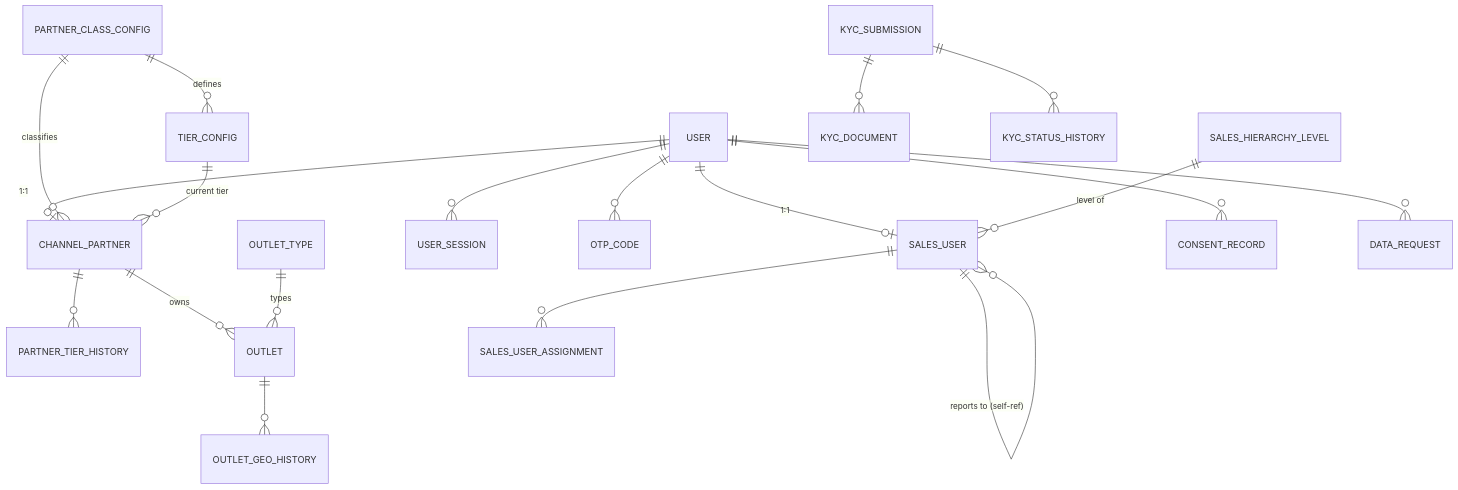
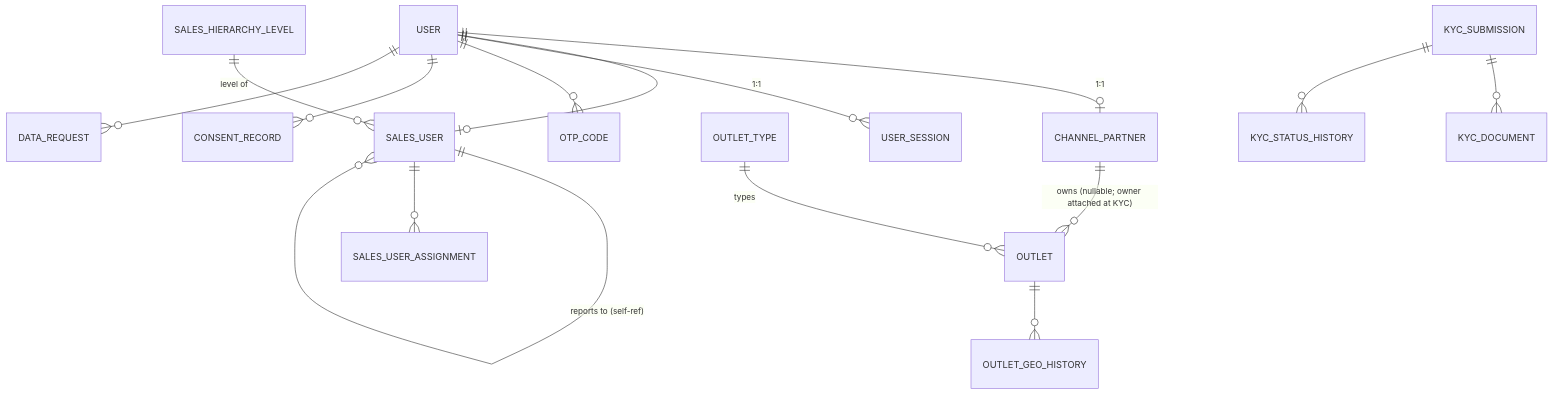
One commit to NikunjSadani/Loyaltybaseclaude changed the second of 5 diagrams in platform/docs/spec/03-data-model.md. Above: the diagram before and after it, drawn with Mermaid. The commit also changed other lines of this file and 10 other files, not shown here.

````diff
--- a/platform/docs/spec/03-data-model.md
+++ b/platform/docs/spec/03-data-model.md
@@ -51,21 +52,17 @@
 ```mermaid
 erDiagram
     USER ||--o| CHANNEL_PARTNER : "1:1"
     USER ||--o| SALES_USER : "1:1"
     USER ||--o{ USER_SESSION : ""
     USER ||--o{ OTP_CODE : ""
-    PARTNER_CLASS_CONFIG ||--o{ CHANNEL_PARTNER : classifies
-    PARTNER_CLASS_CONFIG ||--o{ TIER_CONFIG : defines
-    TIER_CONFIG ||--o{ CHANNEL_PARTNER : "current tier"
-    CHANNEL_PARTNER ||--o{ PARTNER_TIER_HISTORY : ""
-    CHANNEL_PARTNER ||--o{ OUTLET : owns
+    CHANNEL_PARTNER ||--o{ OUTLET : "owns (nullable; owner attached at KYC)"
     OUTLET_TYPE ||--o{ OUTLET : types
     OUTLET ||--o{ OUTLET_GEO_HISTORY : ""
     SALES_HIERARCHY_LEVEL ||--o{ SALES_USER : "level of"
     SALES_USER ||--o{ SALES_USER : "reports to (self-ref)"
     SALES_USER ||--o{ SALES_USER_ASSIGNMENT : ""
     KYC_SUBMISSION ||--o{ KYC_DOCUMENT : ""
     KYC_SUBMISSION ||--o{ KYC_STATUS_HISTORY : ""
     USER ||--o{ CONSENT_RECORD : ""
     USER ||--o{ DATA_REQUEST : ""
 ```
````
